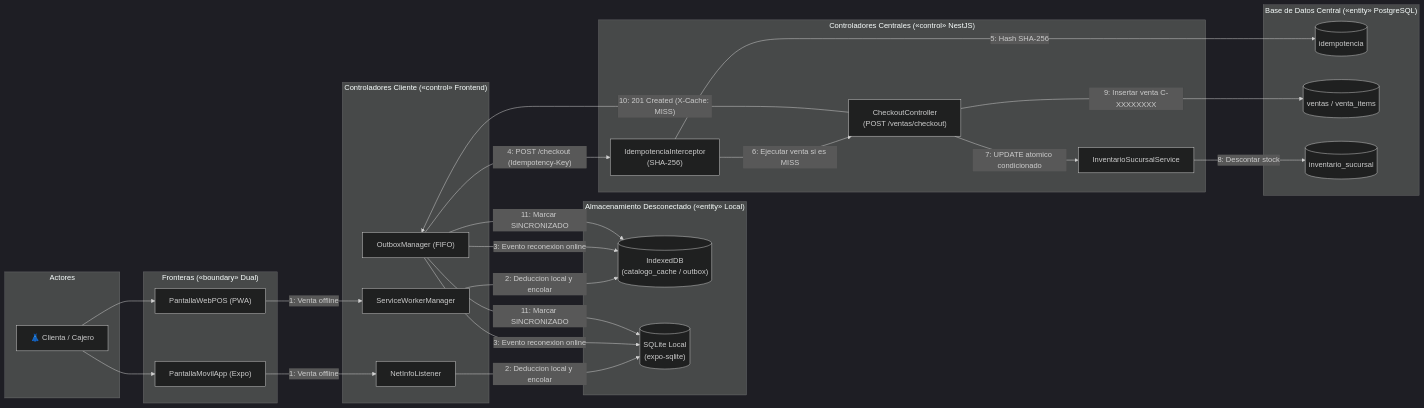
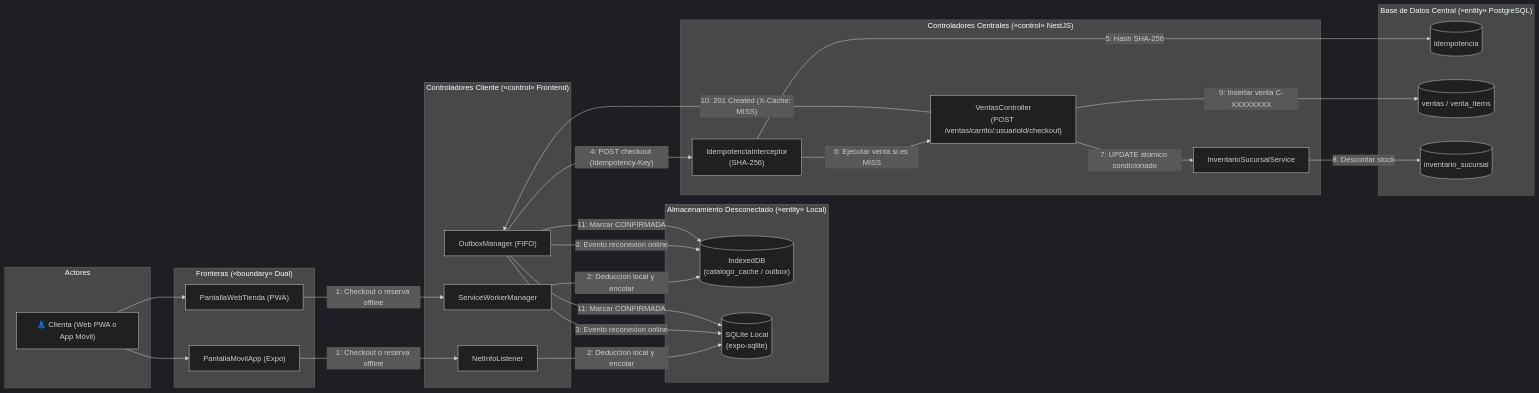
One commit to mopy1/MirrorIA changed the fourth of 11 diagrams in docs/parcial2/base/03_Analisis_y_Diseno_ICONIX/03_Analisis_y_Diseno_ICONIX.md. Above: the diagram before and after it, drawn with Mermaid (dark theme). The commit also changed other lines of this file and 10 other files, not shown here.

First line of the commit message:
docs(parcial2): sin POS, app móvil solo clientas y conflicto stock=1 entre dos clientas

````diff
--- a/docs/parcial2/base/03_Analisis_y_Diseno_ICONIX/03_Analisis_y_Diseno_ICONIX.md
+++ b/docs/parcial2/base/03_Analisis_y_Diseno_ICONIX/03_Analisis_y_Diseno_ICONIX.md
@@ -341,49 +341,49 @@
 ```mermaid
 flowchart LR
     subgraph Actores["Actores"]
-        CLI["👗 Clienta / Cajero"]
+        CLI["👗 Clienta (Web PWA o App Móvil)"]
     end
 
     subgraph Fronteras["Fronteras («boundary» Dual)"]
-        UI_WEB["PantallaWebPOS (PWA)"]
+        UI_WEB["PantallaWebTienda (PWA)"]
         UI_MOV["PantallaMovilApp (Expo)"]
     end
 
     subgraph Controladores_Cliente["Controladores Cliente («control» Frontend)"]
         SW_MGR["ServiceWorkerManager"]
         NET_LST["NetInfoListener"]
         OUTBOX["OutboxManager (FIFO)"]
     end
 
     subgraph Almacenes_Locales["Almacenamiento Desconectado («entity» Local)"]
         IDB_LOC[("IndexedDB\n(catalogo_cache / outbox)")]
         SQL_LOC[("SQLite Local\n(expo-sqlite)")]
     end
 
     subgraph Backend_Control["Controladores Centrales («control» NestJS)"]
         IDEM_INT["IdempotenciaInterceptor\n(SHA-256)"]
-        CHK_CTL["CheckoutController\n(POST /ventas/checkout)"]
+        CHK_CTL["VentasController\n(POST /ventas/carrito/:usuarioId/checkout)"]
         INV_SRV["InventarioSucursalService"]
     end
 
     subgraph Entidades_Centrales["Base de Datos Central («entity» PostgreSQL)"]
         T_IDEM[("idempotencia")]
         T_VNT[("ventas / venta_items")]
         T_INV[("inventario_sucursal")]
     end
 
     CLI --> UI_WEB & UI_MOV
-    UI_WEB -->|1: Venta offline| SW_MGR
-    UI_MOV -->|1: Venta offline| NET_LST
+    UI_WEB -->|1: Checkout o reserva offline| SW_MGR
+    UI_MOV -->|1: Checkout o reserva offline| NET_LST
     SW_MGR -->|2: Deduccion local y encolar| IDB_LOC
     NET_LST -->|2: Deduccion local y encolar| SQL_LOC
     OUTBOX -->|3: Evento reconexion online| IDB_LOC & SQL_LOC
-    OUTBOX -->|"4: POST /checkout (Idempotency-Key)"| IDEM_INT
+    OUTBOX -->|"4: POST checkout (Idempotency-Key)"| IDEM_INT
     IDEM_INT -->|5: Hash SHA-256| T_IDEM
     IDEM_INT -->|6: Ejecutar venta si es MISS| CHK_CTL
     CHK_CTL -->|7: UPDATE atomico condicionado| INV_SRV
     INV_SRV -->|8: Descontar stock| T_INV
     CHK_CTL -->|9: Insertar venta C-XXXXXXXX| T_VNT
     CHK_CTL -->|"10: 201 Created (X-Cache: MISS)"| OUTBOX
-    OUTBOX -->|11: Marcar SINCRONIZADO| IDB_LOC & SQL_LOC
+    OUTBOX -->|11: Marcar CONFIRMADA| IDB_LOC & SQL_LOC
 ```
````
